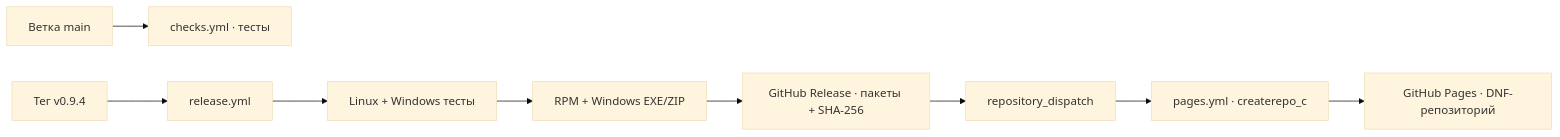
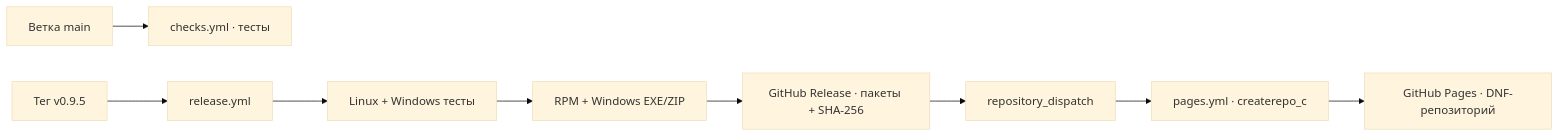
The second of 3 diagrams in PROGRAM_MAP.md (Kostya5232/naps3-redos), drawn with Mermaid (base theme) before and after one commit. The commit also changed other lines of this file and 17 other files, not shown here.

````diff
--- a/PROGRAM_MAP.md
+++ b/PROGRAM_MAP.md
@@ -91,11 +96,11 @@
 ```mermaid
 flowchart LR
     MainBranch["Ветка main"] --> Checks["checks.yml · тесты"]
-    Tag["Тег v0.9.4"] --> Release["release.yml"]
+    Tag["Тег v0.9.5"] --> Release["release.yml"]
     Release --> Tests["Linux + Windows тесты"]
     Tests --> Build["RPM + Windows EXE/ZIP"]
     Build --> Assets["GitHub Release · пакеты + SHA-256"]
     Assets --> Dispatch["repository_dispatch"]
     Dispatch --> Pages["pages.yml · createrepo_c"]
     Pages --> DNF["GitHub Pages · DNF-репозиторий"]
 ```
````
